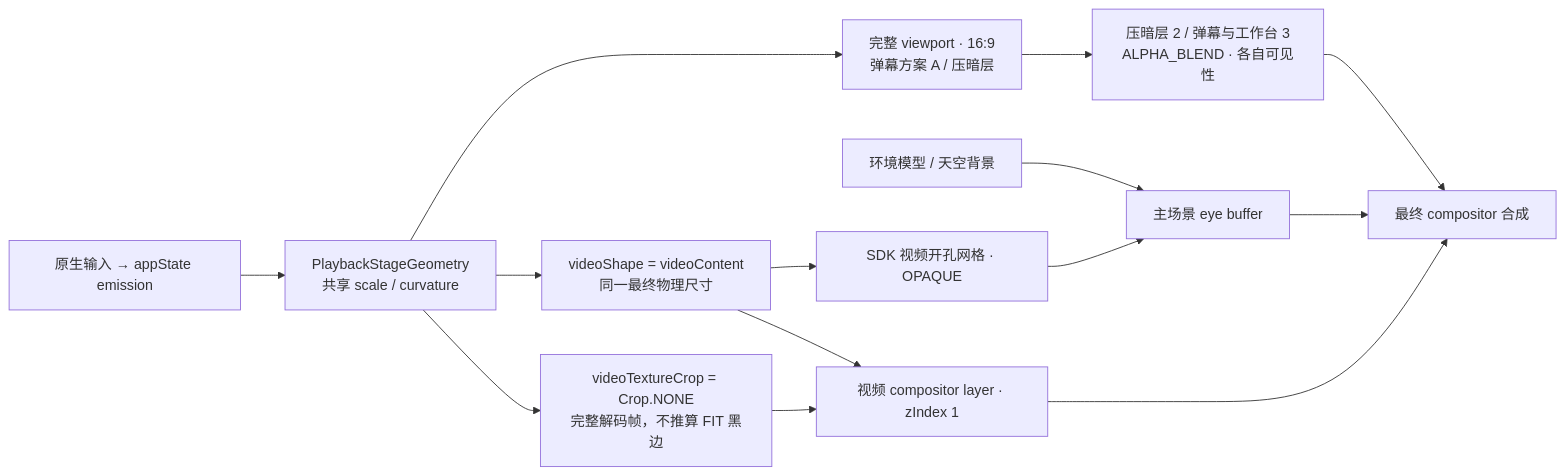
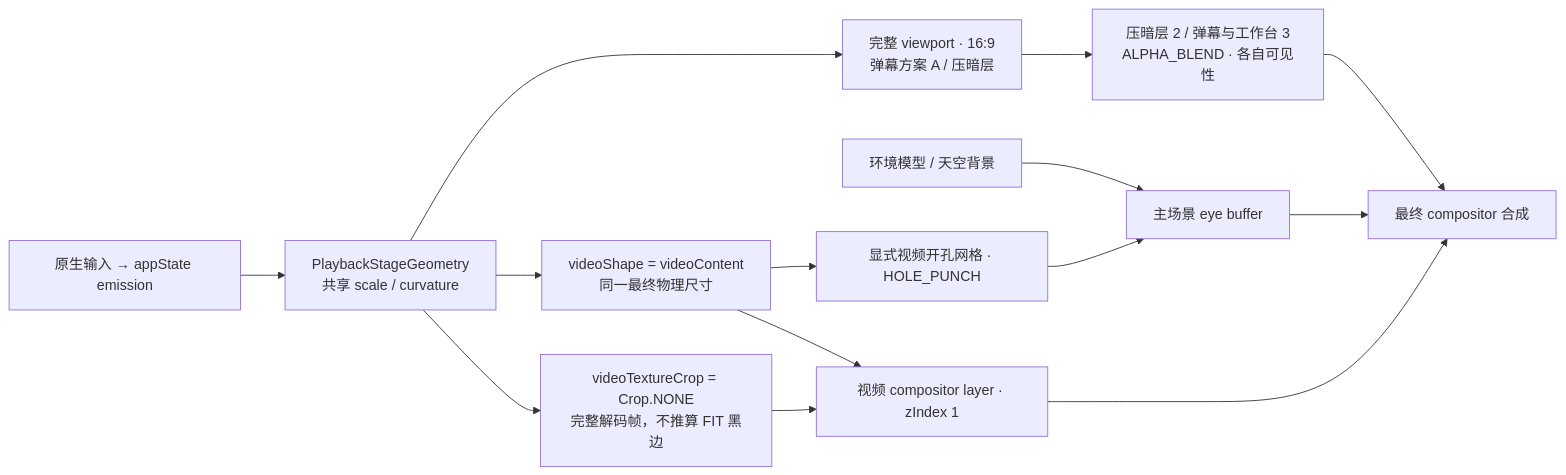
Before and after one commit to Powdered-Delta/viriviri: the second of 5 diagrams in docs/ui-structure-and-terminology.md, drawn with Mermaid. The commit also changed other lines of this file and 38 other files, not shown here.

````diff
--- a/docs/ui-structure-and-terminology.md
+++ b/docs/ui-structure-and-terminology.md
@@ -157,16 +162,16 @@
 ```mermaid
 flowchart LR
     Env["环境模型 / 天空背景"] --> Eye["主场景 eye buffer"]
     Params["原生输入 → appState emission"] --> Geometry["PlaybackStageGeometry<br/>共享 scale / curvature"]
     Geometry --> Shape["videoShape = videoContent<br/>同一最终物理尺寸"]
     Geometry --> Clip["videoTextureCrop = Crop.NONE<br/>完整解码帧，不推算 FIT 黑边"]
     Geometry --> Viewport["完整 viewport · 16:9<br/>弹幕方案 A / 压暗层"]
-    Shape --> Aperture["SDK 视频开孔网格 · OPAQUE"]
+    Shape --> Aperture["显式视频开孔网格 · HOLE_PUNCH"]
     Shape --> Video["视频 compositor layer · zIndex 1"]
     Clip --> Video
     Aperture --> Eye
     Viewport --> UI["压暗层 2 / 弹幕与工作台 3<br/>ALPHA_BLEND · 各自可见性"]
     UI --> Composite["最终 compositor 合成"]
     Eye --> Composite
     Video --> Composite
 ```
````
